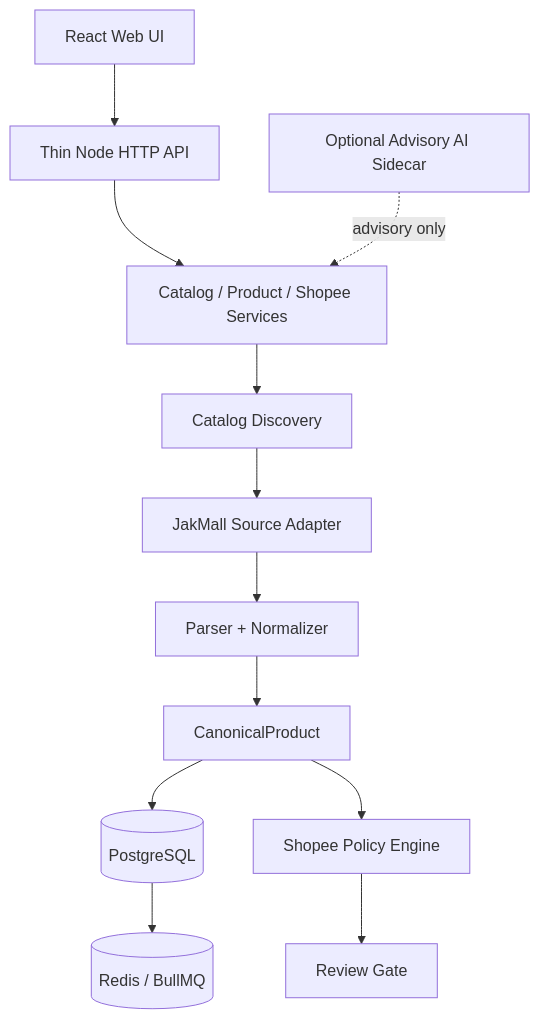
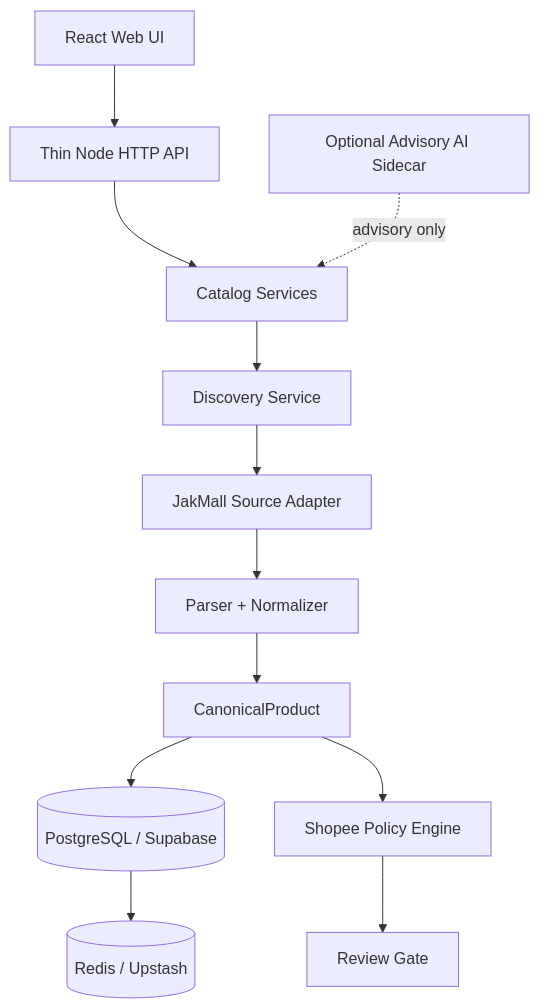
The second of 2 diagrams in intelligent-commerce-sync/README.md (Nachsyas/Jakmall-Project), drawn with Mermaid before and after one commit. The commit also changed other lines of this file, not shown here.

````diff
--- a/intelligent-commerce-sync/README.md
+++ b/intelligent-commerce-sync/README.md
@@ -220,27 +248,27 @@
 ```mermaid
 flowchart TD
     UI[React Web UI]
     API[Thin Node HTTP API]
-    CATALOG[Catalog / Product / Shopee Services]
-    DISCOVERY[Catalog Discovery]
+    CATALOG[Catalog Services]
+    DISCOVERY[Discovery Service]
     SOURCE[JakMall Source Adapter]
     PARSER[Parser + Normalizer]
     CANONICAL[CanonicalProduct]
-    DB[(PostgreSQL)]
+    DB[(PostgreSQL / Supabase)]
     POLICY[Shopee Policy Engine]
     REVIEW[Review Gate]
-    REDIS[(Redis / BullMQ)]
+    REDIS[(Redis / Upstash)]
     AI[Optional Advisory AI Sidecar]
 
     UI --> API
     API --> CATALOG
     CATALOG --> DISCOVERY
     DISCOVERY --> SOURCE
     SOURCE --> PARSER
     PARSER --> CANONICAL
     CANONICAL --> DB
     CANONICAL --> POLICY
     POLICY --> REVIEW
     DB --> REDIS
     AI -. advisory only .-> CATALOG
 ```
````
